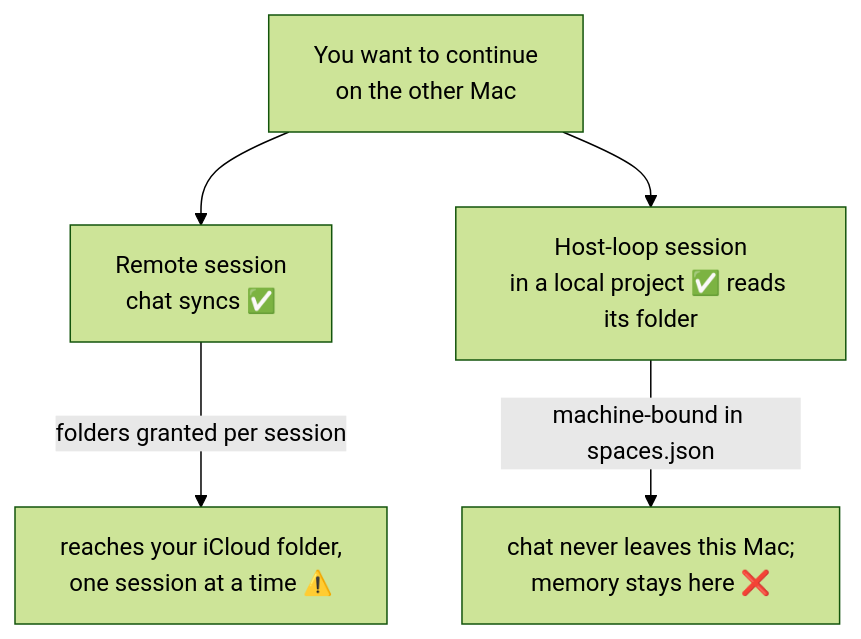
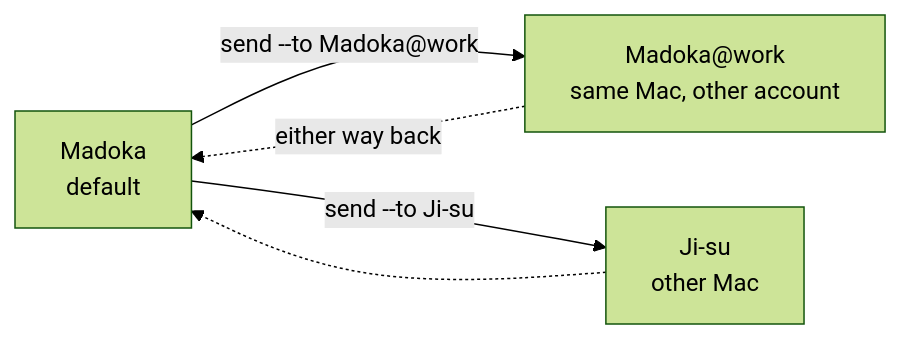
Before and after one commit to altsang/claude-tandem: the second of 2 diagrams in README.md, drawn with Mermaid (forest theme). The commit also changed other lines of this file and 6 other files, not shown here.

````diff
--- a/README.md
+++ b/README.md
@@ -84,7 +116,7 @@
 ```mermaid
-flowchart TB
-    Q["You want to continue<br/>on the other Mac"] --> R
-    Q --> H
-    R["Remote session<br/>chat syncs ✅"] -->|"folders granted per session"| RF["reaches your iCloud folder,<br/>one session at a time ⚠️"]
-    H["Host-loop session<br/>in a local project ✅ reads its folder"] -->|"machine-bound in spaces.json"| HF["chat never leaves this Mac;<br/>memory stays here ❌"]
+flowchart LR
+    A["Madoka<br/>default"] -->|"send --to Madoka@work"| B["Madoka@work<br/>same Mac, other account"]
+    A -->|"send --to Ji-su"| J["Ji-su<br/>other Mac"]
+    B -.->|"either way back"| A
+    J -.-> A
 ```
````
